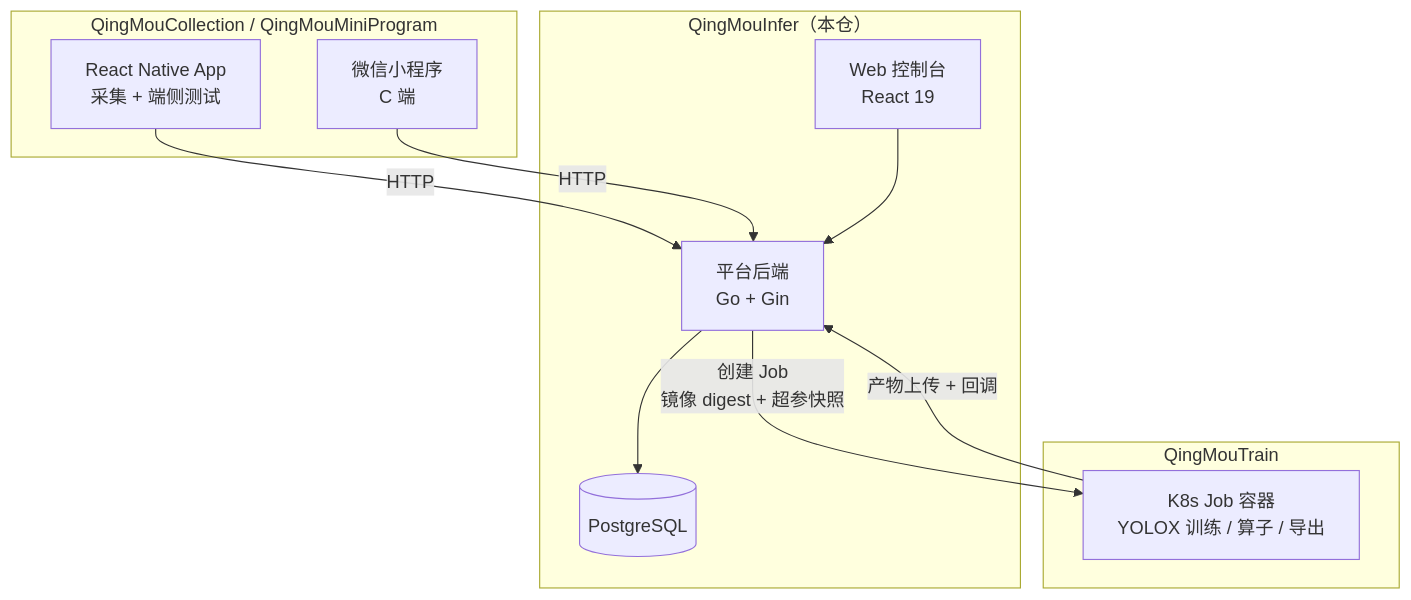
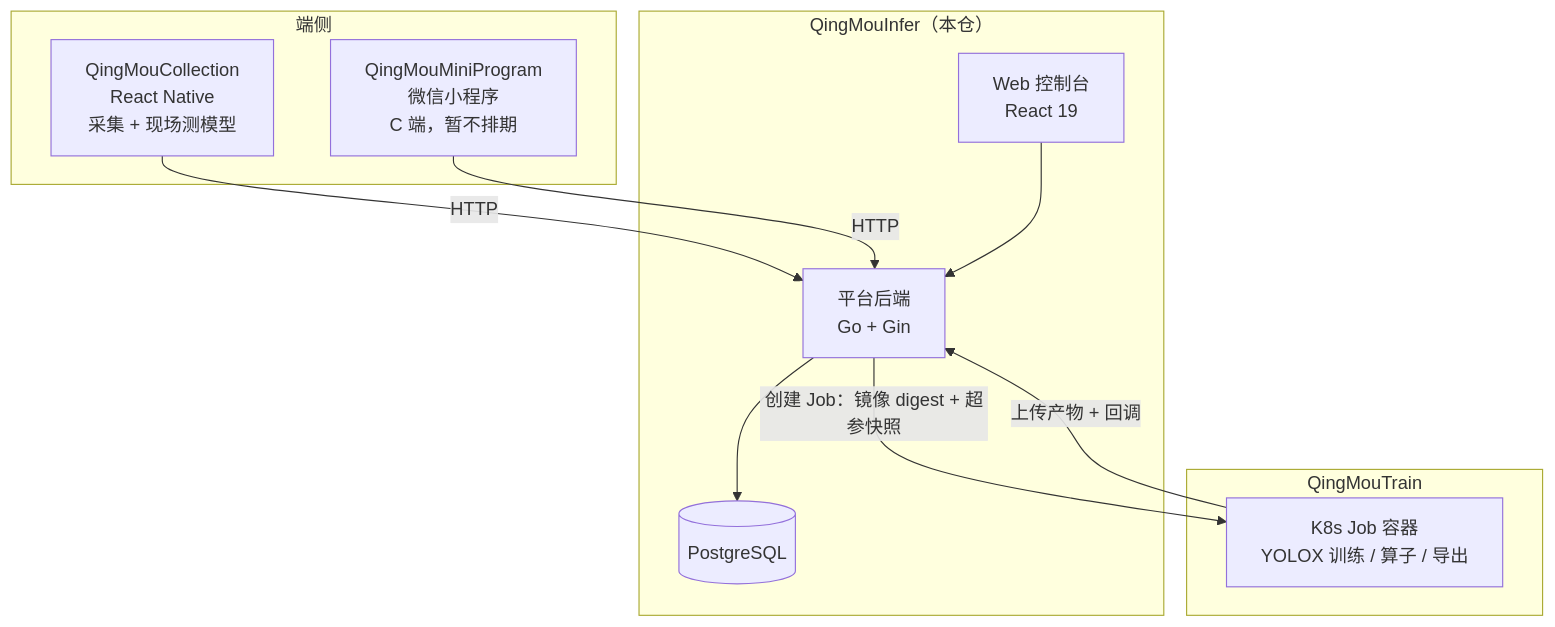
One commit to QingMouFoodDate/TrainPlatform changed the diagram in README.md. Above: the diagram before and after it, drawn with Mermaid. The commit also changed other lines of this file, not shown here.

````diff
--- a/README.md
+++ b/README.md
@@ -14,22 +42,22 @@
 ```mermaid
 flowchart TB
-    subgraph C["QingMouCollection / QingMouMiniProgram"]
-        RN["React Native App<br/>采集 + 端侧测试"]
-        MP["微信小程序<br/>C 端"]
+    subgraph End["端侧"]
+        RN["QingMouCollection<br/>React Native<br/>采集 + 现场测模型"]
+        MP["QingMouMiniProgram<br/>微信小程序<br/>C 端，暂不排期"]
     end
     subgraph I["QingMouInfer（本仓）"]
         WEB["Web 控制台<br/>React 19"]
         API["平台后端<br/>Go + Gin"]
         DB[("PostgreSQL")]
     end
     subgraph T["QingMouTrain"]
         JOB["K8s Job 容器<br/>YOLOX 训练 / 算子 / 导出"]
     end
 
     RN -->|HTTP| API
     MP -->|HTTP| API
     WEB --> API
     API --> DB
-    API -->|"创建 Job<br/>镜像 digest + 超参快照"| JOB
-    JOB -->|"产物上传 + 回调"| API
+    API -->|"创建 Job：镜像 digest + 超参快照"| JOB
+    JOB -->|"上传产物 + 回调"| API
 ```
````
